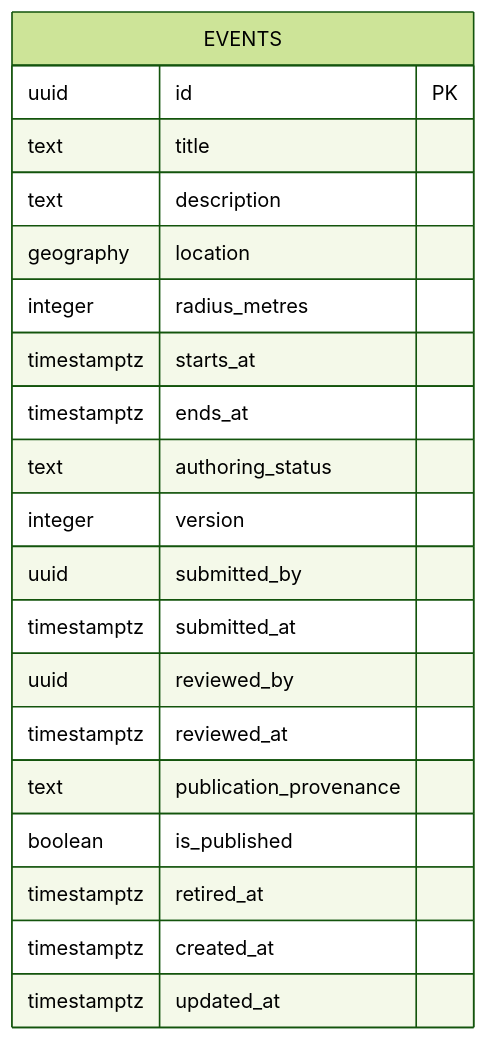
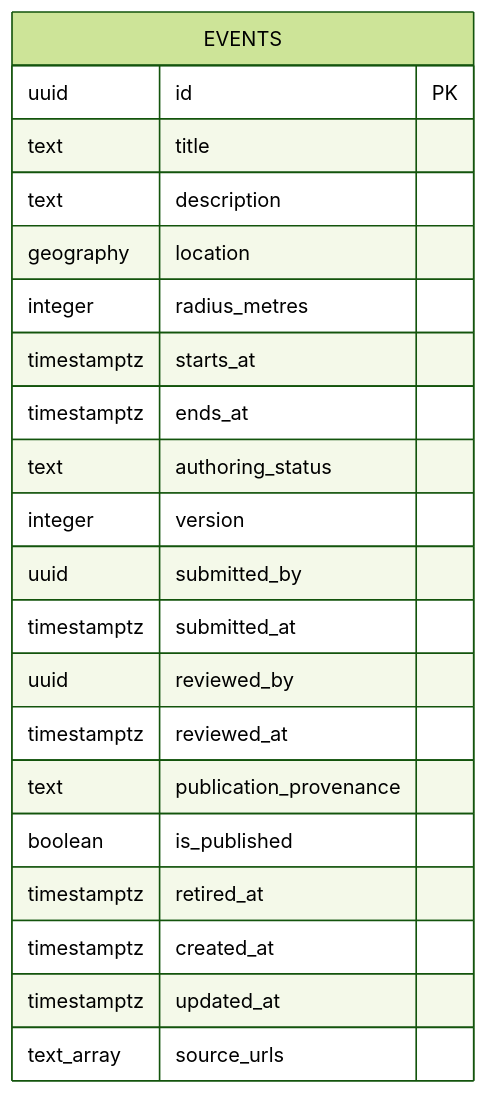
The diagram in docs/database/event-schema.md (Gradient-Ascenders/Wits-World), drawn with Mermaid (forest theme) before and after one commit. The commit also changed other lines of this file and 36 other files, not shown here.

````diff
--- a/docs/database/event-schema.md
+++ b/docs/database/event-schema.md
@@ -14,23 +14,24 @@
 ```mermaid
 erDiagram
   EVENTS {
     uuid id PK
     text title
     text description
     geography location
     integer radius_metres
     timestamptz starts_at
     timestamptz ends_at
     text authoring_status
     integer version
     uuid submitted_by
     timestamptz submitted_at
     uuid reviewed_by
     timestamptz reviewed_at
     text publication_provenance
     boolean is_published
     timestamptz retired_at
     timestamptz created_at
     timestamptz updated_at
+    text_array source_urls
   }
 ```
````
